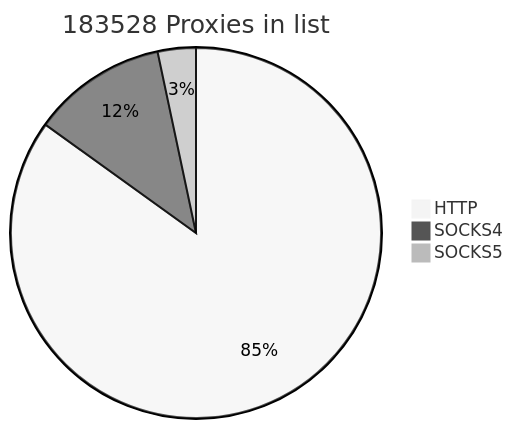
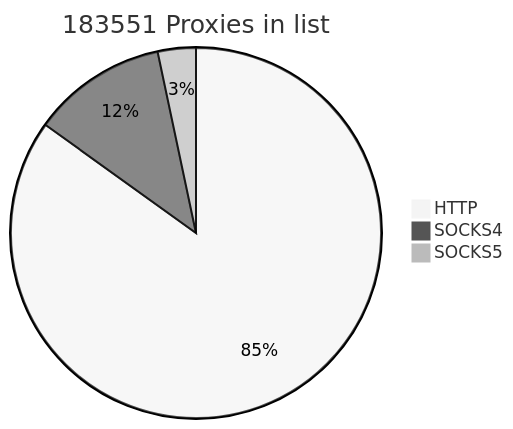
The first of 2 diagrams in README.md (cutipu/proxylist), drawn with Mermaid (neutral theme) before and after one commit. The commit also changed other lines of this file, not shown here.

````diff
--- a/README.md
+++ b/README.md
@@ -2,7 +2,7 @@
 ```mermaid
-pie title 183528 Proxies in list
-    "HTTP" : 155871
-    "SOCKS4" : 21550
-    "SOCKS5" : 6107
+pie title 183551 Proxies in list
+    "HTTP" : 155867
+    "SOCKS4" : 21583
+    "SOCKS5" : 6101
             
 ```
````
